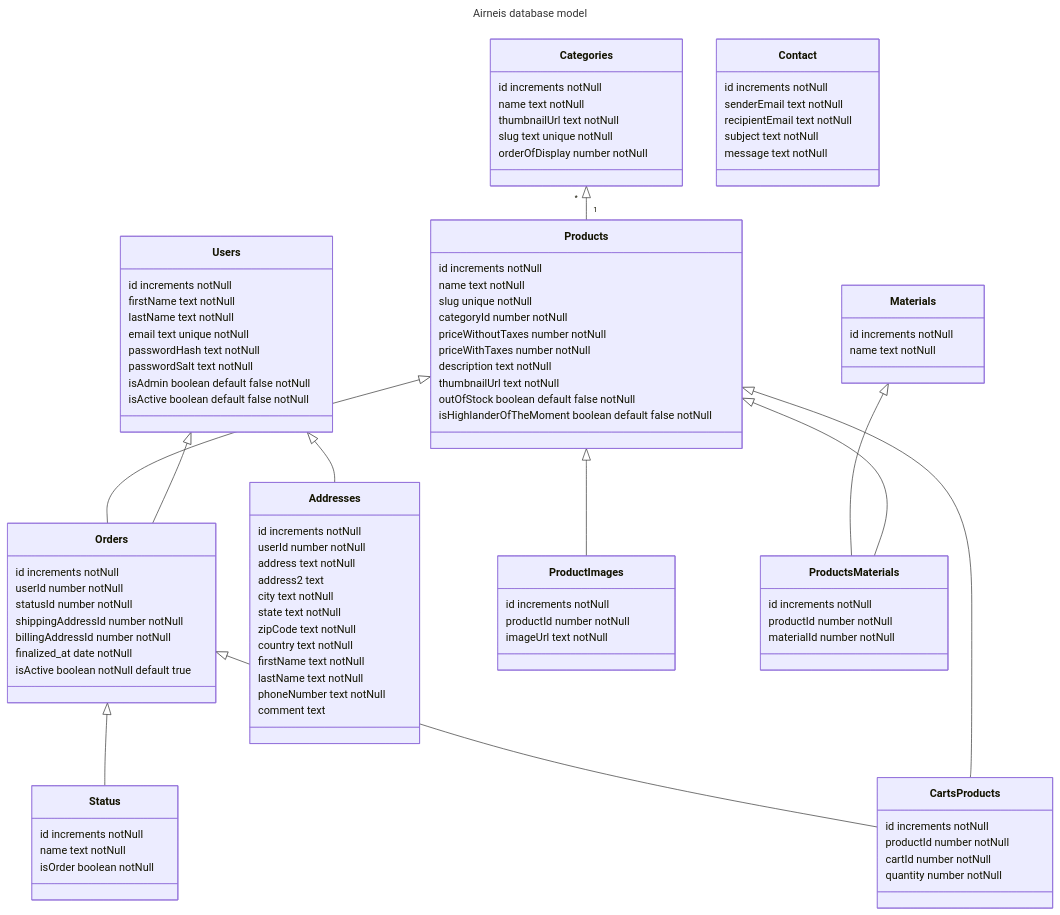
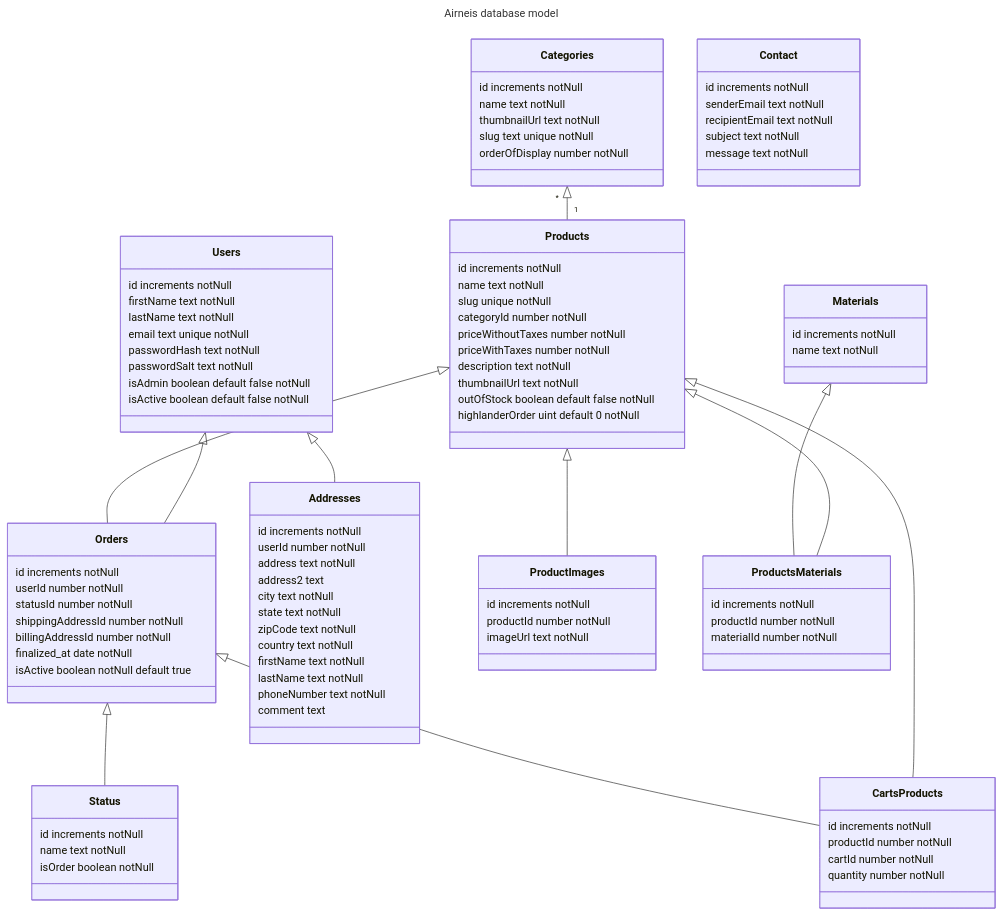
The diagram in docs/database/readme.md (KrispyTech/airneis), drawn with Mermaid before and after one commit. The commit also changed other lines of this file and 1 other file, not shown here.

Commit message:
Rework: Changed Product Model (#82)
* Changed OutOfStock bool + Highlander

* Update docs/database/readme.md

```diff
--- a/docs/database/readme.md
+++ b/docs/database/readme.md
@@ -47,7 +47,7 @@
     description text notNull
     thumbnailUrl text notNull
     outOfStock boolean default false notNull
-    isHighlanderOfTheMoment boolean default false notNull
+    highlanderOrder uint default 0 notNull
 }
 
 class ProductImages {
```
